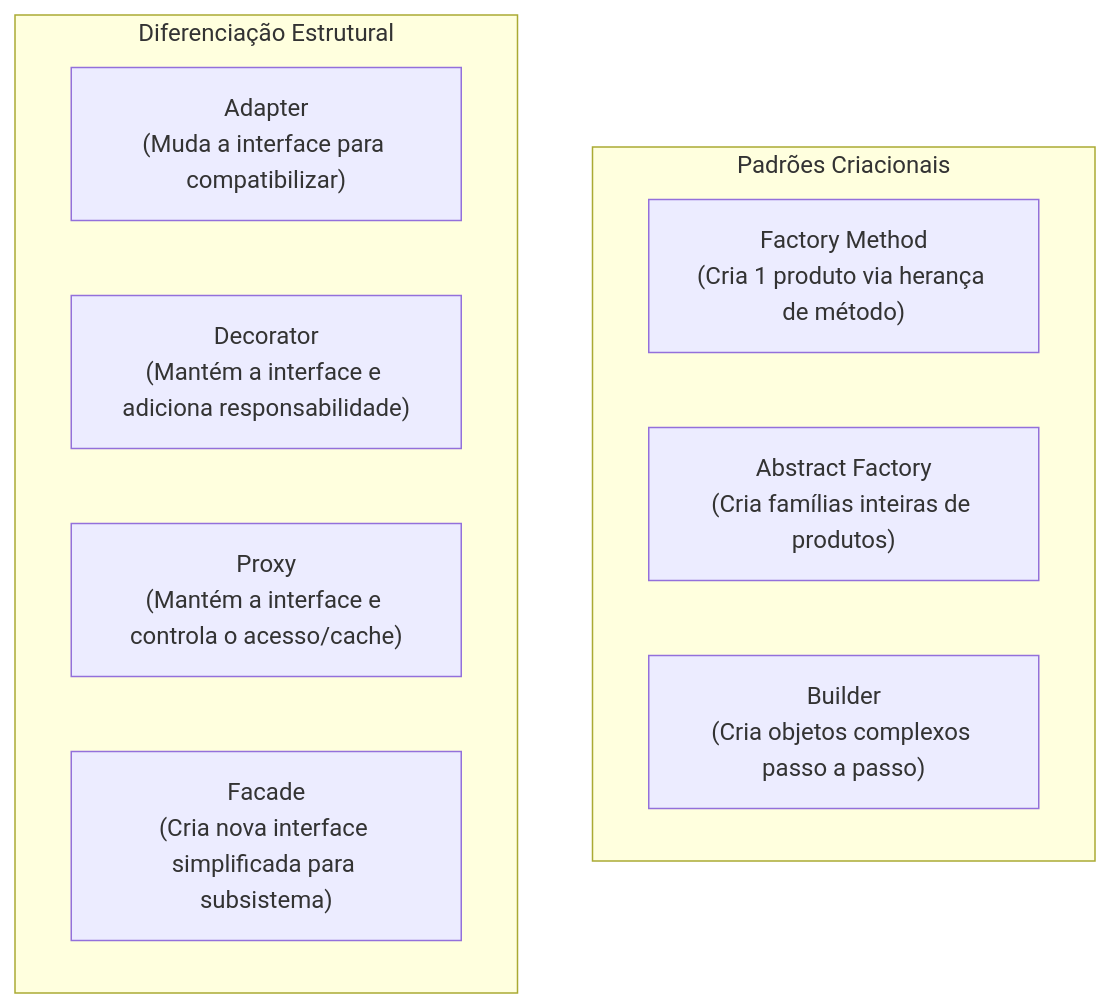
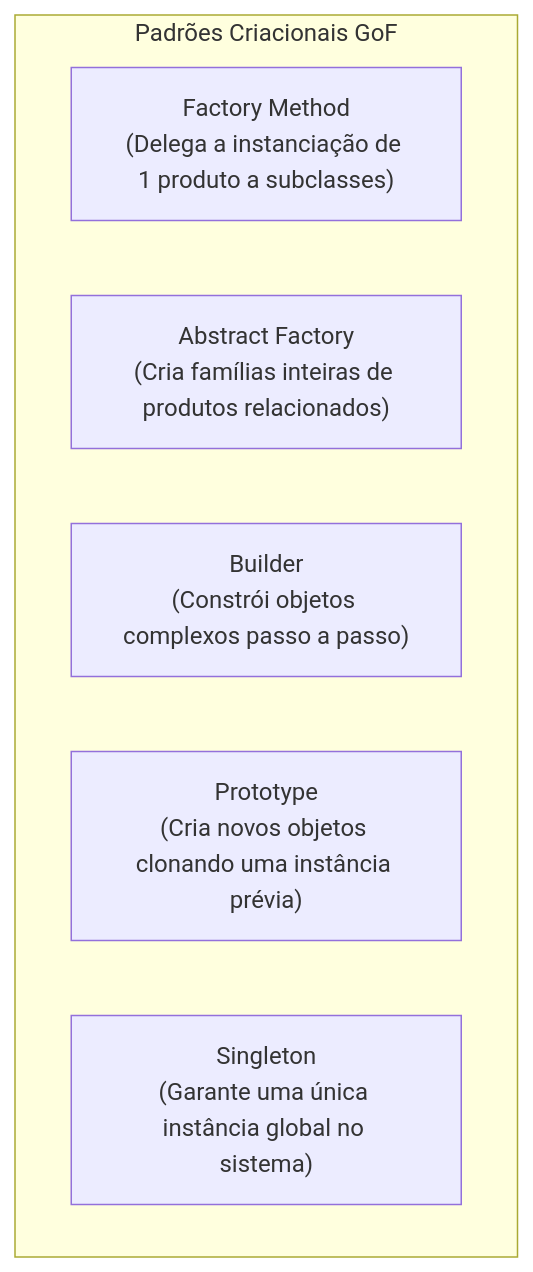
One commit to thiagosantos346/TCE-GO-2027 changed the diagram in fontes_de_estudo/conhecimentos_especificos_b02_ti/04_engenharia_de_software/04_padroes_de_projeto_design_patterns.md. Above: the diagram before and after it, drawn with Mermaid. The commit also changed other lines of this file and 119 other files, not shown here.

````diff
--- a/fontes_de_estudo/conhecimentos_especificos_b02_ti/04_engenharia_de_software/04_padroes_de_projeto_design_patterns.md
+++ b/fontes_de_estudo/conhecimentos_especificos_b02_ti/04_engenharia_de_software/04_padroes_de_projeto_design_patterns.md
@@ -73,14 +82,10 @@
 ```mermaid
 flowchart TD
-    subgraph Criacionais["Padrões Criacionais"]
-        FM["Factory Method<br/>(Cria 1 produto via herança de método)"]
-        AF["Abstract Factory<br/>(Cria famílias inteiras de produtos)"]
-        BL["Builder<br/>(Cria objetos complexos passo a passo)"]
-    end
-    subgraph Estruturais["Diferenciação Estrutural"]
-        AD["Adapter<br/>(Muda a interface para compatibilizar)"]
-        DC["Decorator<br/>(Mantém a interface e adiciona responsabilidade)"]
-        PX["Proxy<br/>(Mantém a interface e controla o acesso/cache)"]
-        FC["Facade<br/>(Cria nova interface simplificada para subsistema)"]
+    subgraph Criacionais["Padrões Criacionais GoF"]
+        FM["Factory Method<br/>(Delega a instanciação de 1 produto a subclasses)"]
+        AF["Abstract Factory<br/>(Cria famílias inteiras de produtos relacionados)"]
+        BL["Builder<br/>(Constrói objetos complexos passo a passo)"]
+        PT["Prototype<br/>(Cria novos objetos clonando uma instância prévia)"]
+        SG["Singleton<br/>(Garante uma única instância global no sistema)"]
     end
 ```
````
